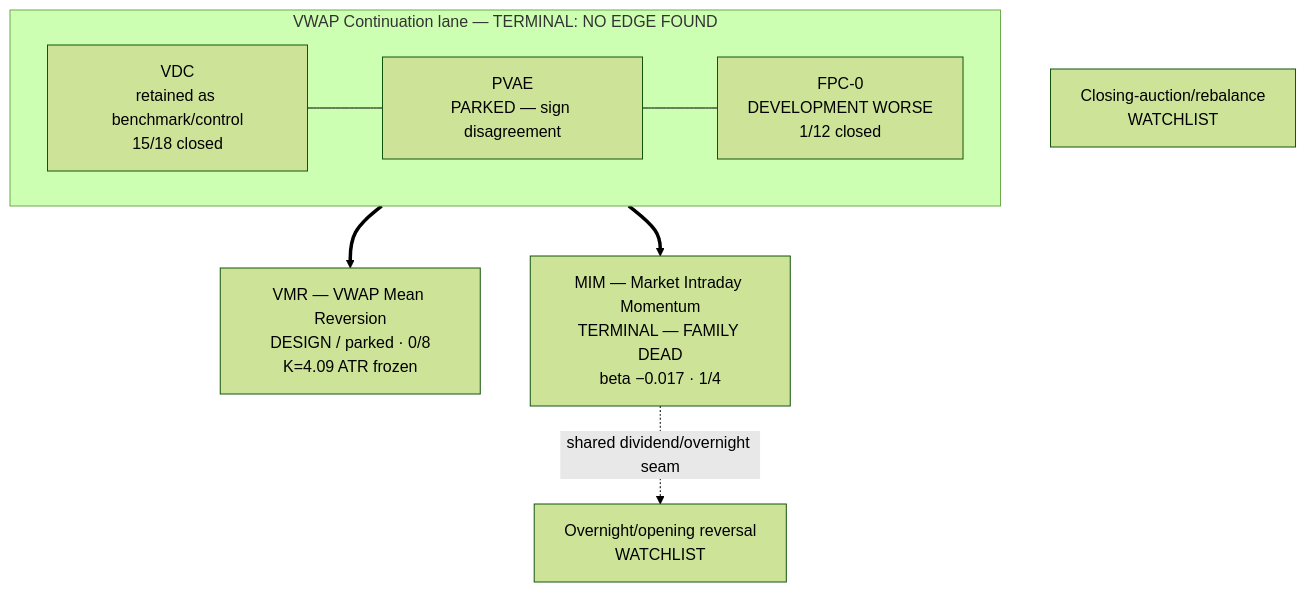
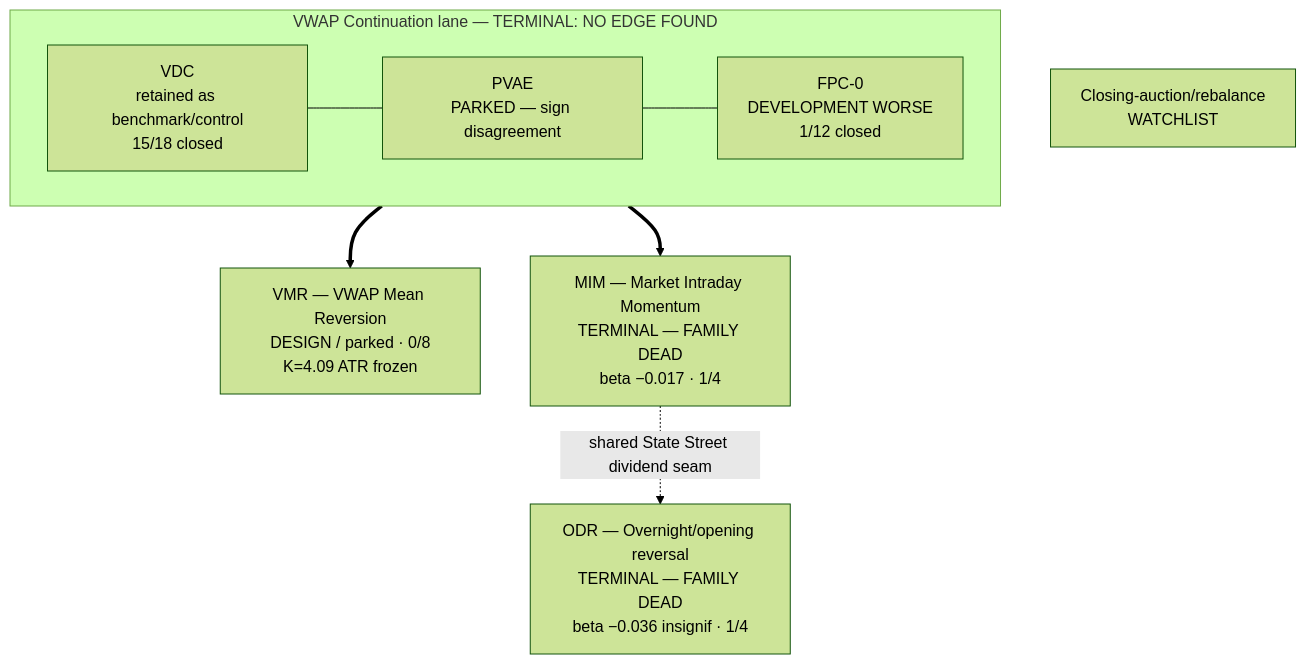
The second of 2 diagrams in docs/research/RESEARCH_MAP.md (dwats250/strategy), drawn with Mermaid (forest theme) before and after one commit. The commit also changed other lines of this file and 6 other files, not shown here.

````diff
--- a/docs/research/RESEARCH_MAP.md
+++ b/docs/research/RESEARCH_MAP.md
@@ -36,17 +36,17 @@
 ```mermaid
 flowchart TB
   subgraph CONT[VWAP Continuation lane — TERMINAL: NO EDGE FOUND]
     VDC[VDC<br/>retained as benchmark/control<br/>15/18 closed]
     PVAE[PVAE<br/>PARKED — sign disagreement]
     FPC[FPC-0<br/>DEVELOPMENT WORSE<br/>1/12 closed]
   end
   VMR[VMR — VWAP Mean Reversion<br/>DESIGN / parked · 0/8<br/>K=4.09 ATR frozen]
   MIM[MIM — Market Intraday Momentum<br/>TERMINAL — FAMILY DEAD<br/>beta −0.017 · 1/4]
-  ODR[Overnight/opening reversal<br/>WATCHLIST]
+  ODR[ODR — Overnight/opening reversal<br/>TERMINAL — FAMILY DEAD<br/>beta −0.036 insignif · 1/4]
   CAR[Closing-auction/rebalance<br/>WATCHLIST]
 
   VDC --- PVAE --- FPC
   CONT ==> VMR
   CONT ==> MIM
-  MIM -. shared dividend/overnight seam .-> ODR
+  MIM -. shared State Street dividend seam .-> ODR
 ```
````
